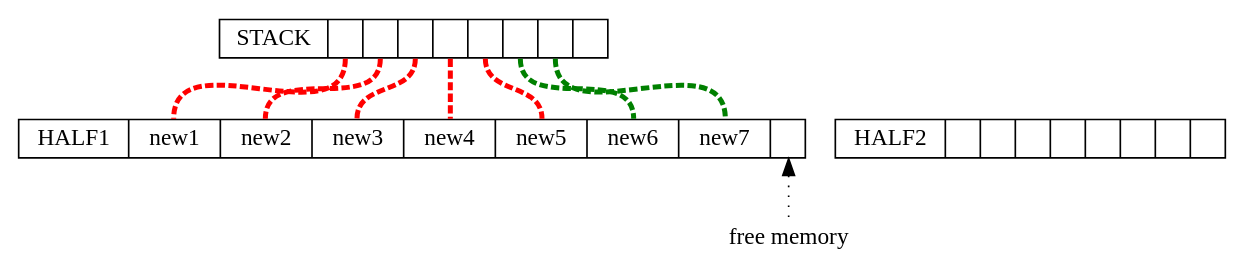
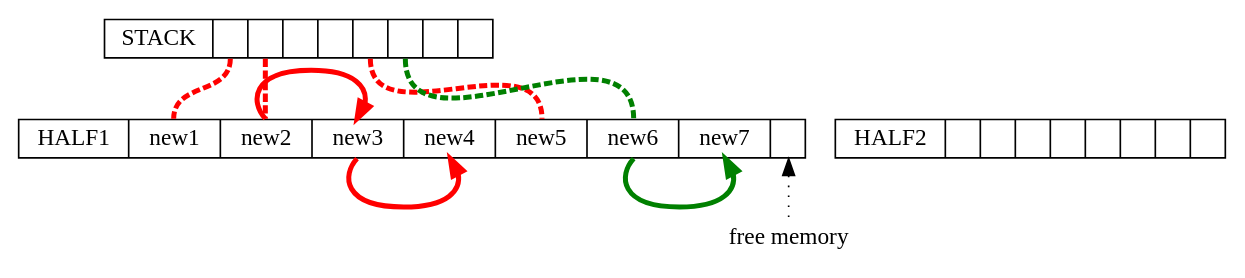
The tenth of 13 diagrams in blog/modules/ROOT/pages/6-garbage-collector-perf.adoc (com-lihaoyi/mill), drawn with Graphviz before and after one commit. The commit also changed other lines of this file, not shown here.

````diff
--- a/blog/modules/ROOT/pages/6-garbage-collector-perf.adoc
+++ b/blog/modules/ROOT/pages/6-garbage-collector-perf.adoc
@@ -262,24 +259,24 @@
 ```graphviz
 digraph G {
   
   node [shape=box width=0 height=0 style=filled fillcolor=white]
   {rank=same; heap1; heap2}
   heap2 [shape=record label="HALF2 | <f0> | <f1>  | <f2>  | <f3>  | <f4> | <f5> | <f6>  | <f7>  "]
 
   heap1 [shape=record label="HALF1 | <f0> new1 | <f1> new2 | <f2> new3 | <f3> new4 | <f4> new5 | <f5> new6 | <f6> new7 | <f7> "]
+  heap1:f1:n -> heap1:f2:n [color=red, penwidth=3]
+  heap1:f2:s -> heap1:f3:s [color=red, penwidth=3]
+  heap1:f5:s -> heap1:f6:s [color=green, penwidth=3]
 
   stack [shape=record label="STACK | <f0> | <f1> | <f2> | <f3> | <f4> | <f5> | <f6> | <f7> "]
 
   stack:f0 -> heap1:f0 [dir=none, style=dashed, color=red, penwidth=3]
   stack:f1 -> heap1:f1 [dir=none, style=dashed, color=red, penwidth=3]
 
+  stack:f4 -> heap1:f4 [dir=none, style=dashed, color=red, penwidth=3, constraint=false]
+  stack:f5 -> heap1:f5 [dir=none, style=dashed, color=green, penwidth=3]
 
-  stack:f2 -> heap1:f2 [dir=none, style=dashed, color=red, penwidth=3]
-  stack:f3 -> heap1:f3 [dir=none, style=dashed, color=red, penwidth=3]
-  stack:f4 -> heap1:f4 [dir=none, style=dashed, color=red, penwidth=3]
-  stack:f5 -> heap1:f5 [dir=none, style=dashed, color=green, penwidth=3]
-  stack:f6 -> heap1:f6 [dir=none, style=dashed, color=green, penwidth=3]
   heap1:f7:s -> alloc:n [dir=back, style=dotted]
   alloc [label = "free memory", shape=plaintext]
 }
 ```
````
